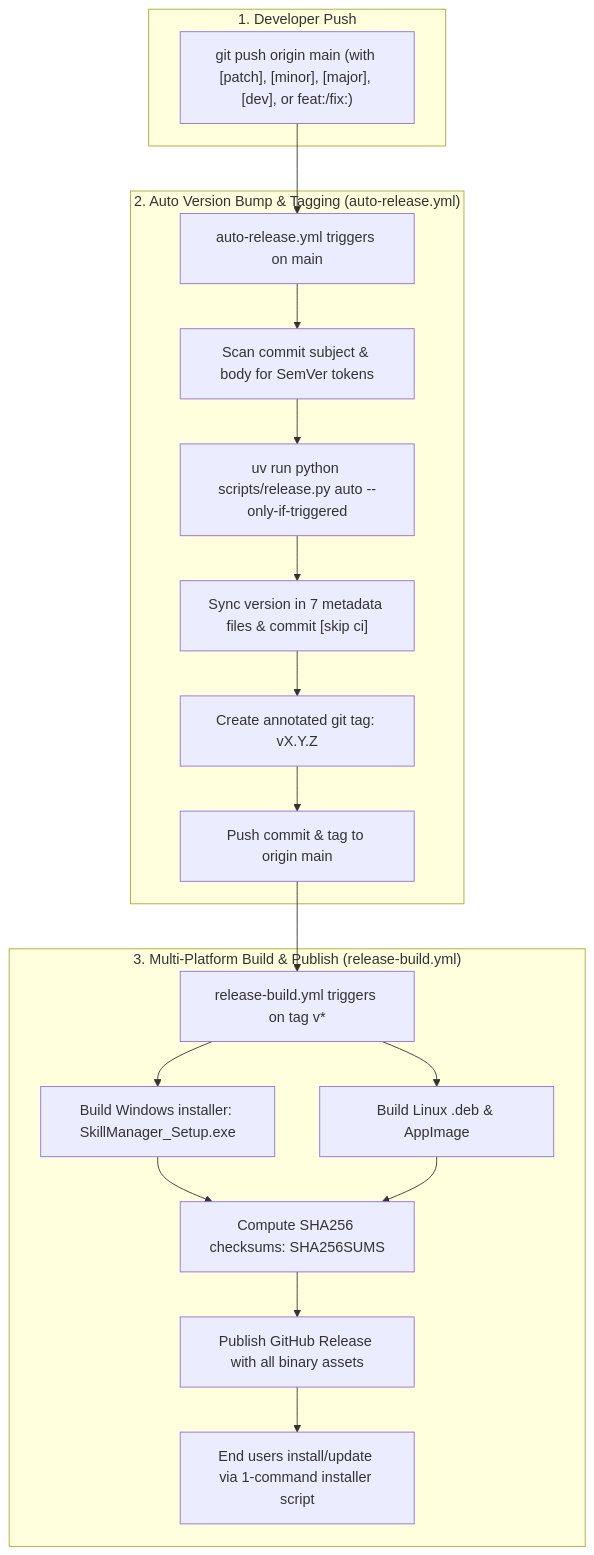
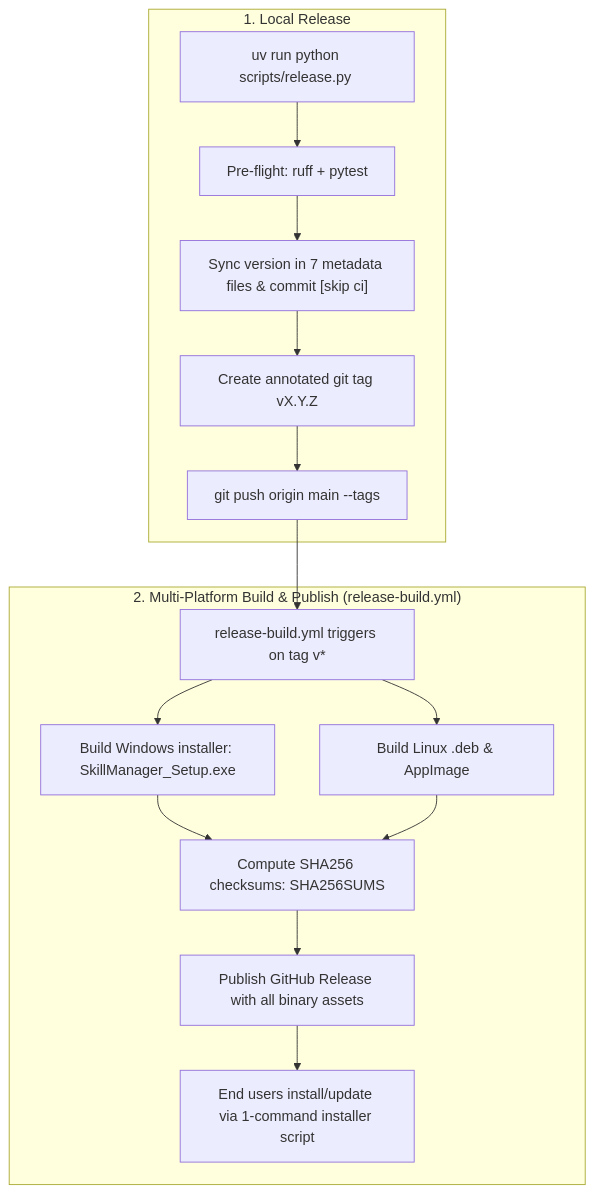
One commit to dishanagalawatta/SkillManager changed the second of 3 diagrams in docs/CI_CD.md. Above: the diagram before and after it, drawn with Mermaid. The commit also changed other lines of this file and 16 other files, not shown here.

````diff
--- a/docs/CI_CD.md
+++ b/docs/CI_CD.md
@@ -42,25 +42,19 @@
 ```mermaid
 flowchart TD
-    subgraph "1. Developer Push"
-        A["git push origin main (with [patch], [minor], [major], [dev], or feat:/fix:)"]
+    subgraph "1. Local Release"
+        A["uv run python scripts/release.py <bump>"] --> B["Pre-flight: ruff + pytest"]
+        B --> C["Sync version in 7 metadata files & commit [skip ci]"]
+        C --> D["Create annotated git tag vX.Y.Z"]
+        D --> E["git push origin main --tags"]
     end
 
-    subgraph "2. Auto Version Bump & Tagging (auto-release.yml)"
-        A --> B["auto-release.yml triggers on main"]
-        B --> C["Scan commit subject & body for SemVer tokens"]
-        C --> D["uv run python scripts/release.py auto --only-if-triggered"]
-        D --> E["Sync version in 7 metadata files & commit [skip ci]"]
-        E --> F["Create annotated git tag: vX.Y.Z"]
-        F --> G["Push commit & tag to origin main"]
-    end
-
-    subgraph "3. Multi-Platform Build & Publish (release-build.yml)"
-        G --> H["release-build.yml triggers on tag v*"]
-        H --> I["Build Windows installer: SkillManager_Setup.exe"]
-        H --> J["Build Linux .deb & AppImage"]
-        I --> K["Compute SHA256 checksums: SHA256SUMS"]
-        J --> K
-        K --> L["Publish GitHub Release with all binary assets"]
-        L --> M["End users install/update via 1-command installer script"]
+    subgraph "2. Multi-Platform Build & Publish (release-build.yml)"
+        E --> F["release-build.yml triggers on tag v*"]
+        F --> G["Build Windows installer: SkillManager_Setup.exe"]
+        F --> H["Build Linux .deb & AppImage"]
+        G --> I["Compute SHA256 checksums: SHA256SUMS"]
+        H --> I
+        I --> J["Publish GitHub Release with all binary assets"]
+        J --> K["End users install/update via 1-command installer script"]
     end
 ```
````
